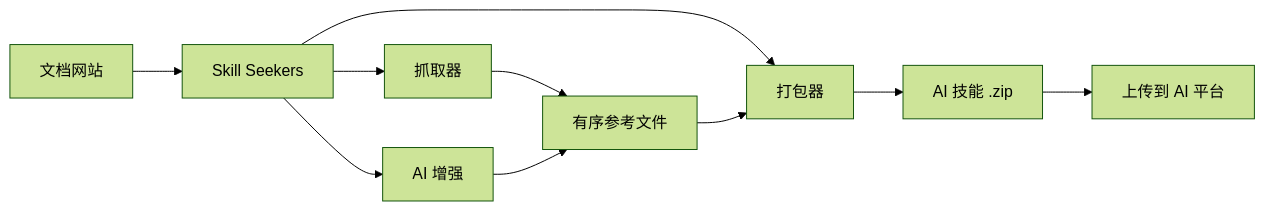
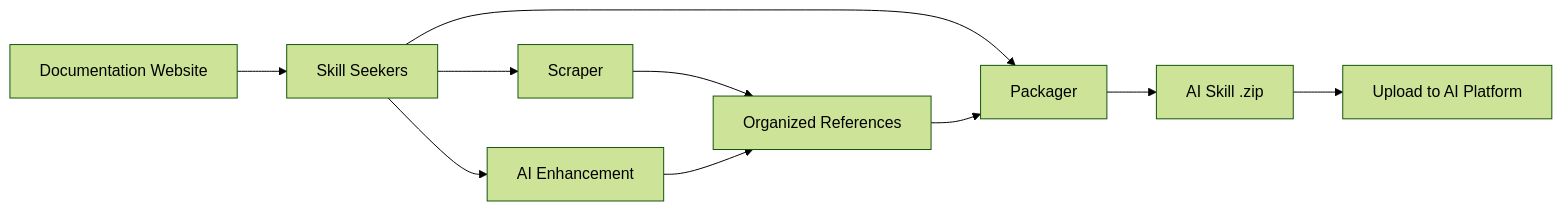
The diagram in README.zh-CN.md (yusufkaraaslan/Skill_Seekers), drawn with Mermaid (forest theme) before and after one commit. The commit also changed other lines of this file and 10 other files, not shown here.

````diff
--- a/README.zh-CN.md
+++ b/README.zh-CN.md
@@ -970,12 +324,12 @@
 ```mermaid
 graph LR
-    A[文档网站] --> B[Skill Seekers]
-    B --> C[抓取器]
-    B --> D[AI 增强]
-    B --> E[打包器]
-    C --> F[有序参考文件]
+    A[Documentation Website] --> B[Skill Seekers]
+    B --> C[Scraper]
+    B --> D[AI Enhancement]
+    B --> E[Packager]
+    C --> F[Organized References]
     D --> F
     F --> E
-    E --> G[AI 技能 .zip]
-    G --> H[上传到 AI 平台]
+    E --> G[AI Skill .zip]
+    G --> H[Upload to AI Platform]
 ```
````
